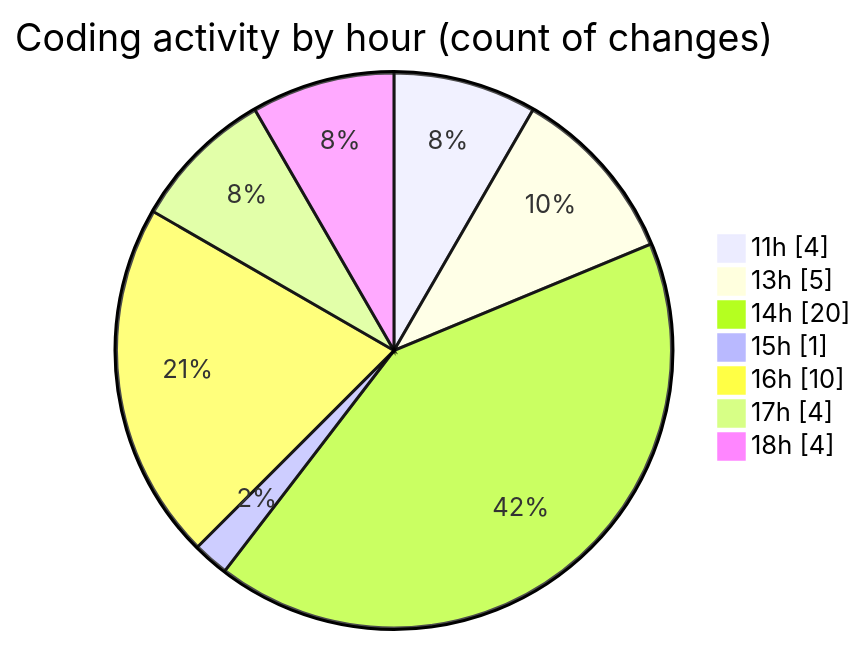
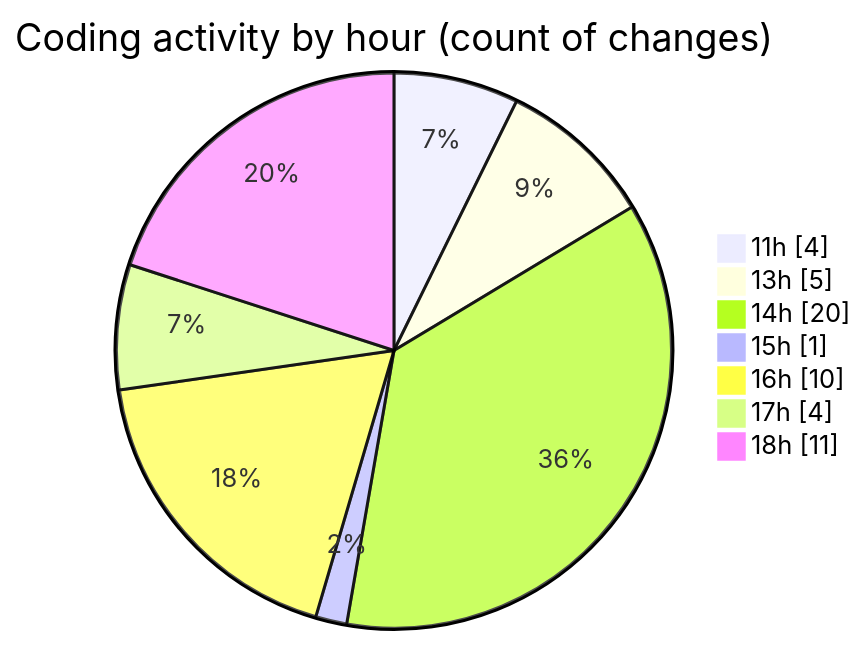
Before and after one commit to momahboobian/code-tracking: the second of 2 diagrams in 2025-05-13/cda/README.md, drawn with Mermaid. The commit also changed other lines of this file and 1 other file, not shown here.

````diff
--- a/2025-05-13/cda/README.md
+++ b/2025-05-13/cda/README.md
@@ -42,11 +42,11 @@
 ```mermaid
 pie showData
 title Coding activity by hour (count of changes)
 "11h" : 4
 "13h" : 5
 "14h" : 20
 "15h" : 1
 "16h" : 10
 "17h" : 4
-"18h" : 4
+"18h" : 11
 ```
````
